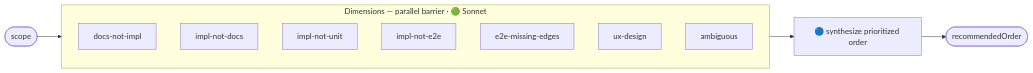
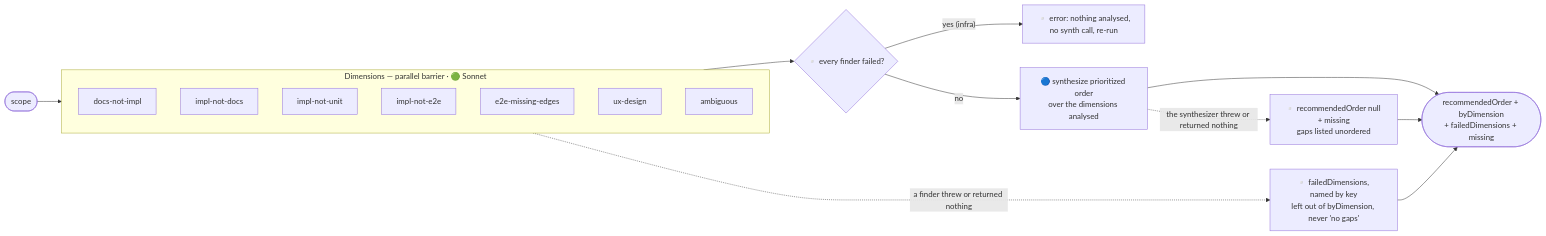
One commit to dominno/loop-setup changed the fourth of 7 diagrams in docs/workflow-graphs.md. Above: the diagram before and after it, drawn with Mermaid. The commit also changed other lines of this file and 21 other files, not shown here.

````diff
--- a/docs/workflow-graphs.md
+++ b/docs/workflow-graphs.md
@@ -116,15 +129,21 @@
 ```mermaid
 flowchart LR
   scope([scope]) --> D
   subgraph D["Dimensions — parallel barrier · 🟢 Sonnet"]
     d1[docs-not-impl]
     d2[impl-not-docs]
     d3[impl-not-unit]
     d4[impl-not-e2e]
     d5[e2e-missing-edges]
     d6[ux-design]
     d7[ambiguous]
   end
-  D --> s[🔵 synthesize prioritized order]
-  s --> out([recommendedOrder])
+  D --> allf{"▫️ every finder failed?"}
+  allf -- "yes (infra)" --> err[▫️ error: nothing analysed,<br/>no synth call, re-run]
+  allf -- no --> s[🔵 synthesize prioritized order<br/>over the dimensions analysed]
+  s --> out([recommendedOrder + byDimension<br/>+ failedDimensions + missing])
+  D -.->|a finder threw or returned nothing| fd["▫️ failedDimensions, named by key<br/>left out of byDimension, never 'no gaps'"]
+  fd --> out
+  s -.->|the synthesizer threw or returned nothing| ns[▫️ recommendedOrder null + missing<br/>gaps listed unordered]
+  ns --> out
 ```
````
